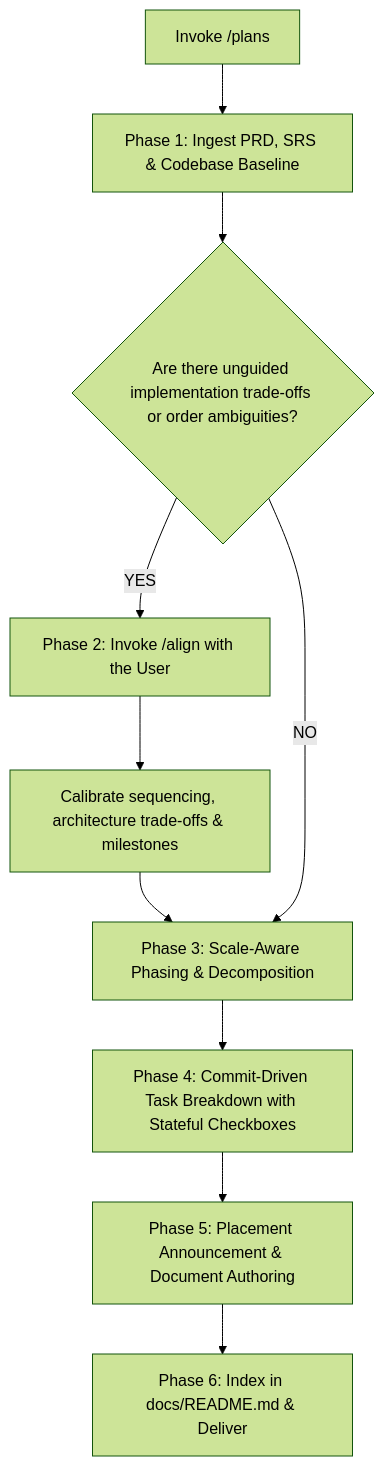
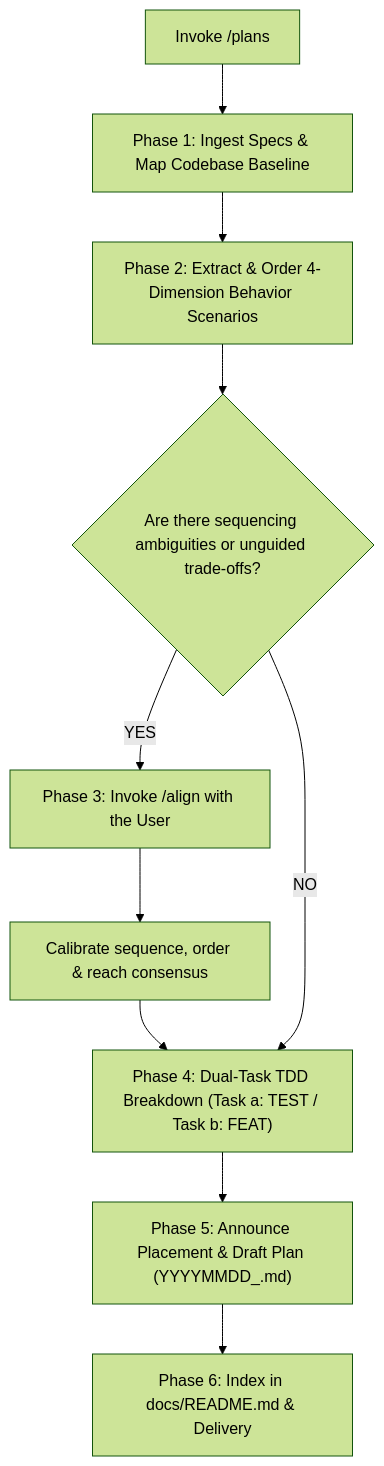
Before and after one commit to dimsedra/skills: the diagram in plans/SKILL.md, drawn with Mermaid (forest theme). The commit also changed other lines of this file and 9 other files, not shown here.

Commit message:
feat(skills): reframe plans and implement to strict TDD, enforce TDD rigor in audit, and establish codebase ownership guidelines

````diff
--- a/plans/SKILL.md
+++ b/plans/SKILL.md
@@ -18,12 +16,12 @@
 ```mermaid
 flowchart TD
-    A["Invoke /plans"] --> B["Phase 1: Ingest PRD, SRS & Codebase Baseline"]
-    B --> C{"Are there unguided implementation trade-offs or order ambiguities?"}
-    C -- YES --> D["Phase 2: Invoke /align with the User"]
-    D --> E["Calibrate sequencing, architecture trade-offs & milestones"]
-    E --> F["Phase 3: Scale-Aware Phasing & Decomposition"]
-    C -- NO --> F
-    F --> G["Phase 4: Commit-Driven Task Breakdown with Stateful Checkboxes"]
-    G --> H["Phase 5: Placement Announcement & Document Authoring"]
-    H --> I["Phase 6: Index in docs/README.md & Deliver"]
+    A["Invoke /plans"] --> B["Phase 1: Ingest Specs & Map Codebase Baseline"]
+    B --> C["Phase 2: Extract & Order 4-Dimension Behavior Scenarios"]
+    C --> D{"Are there sequencing ambiguities or unguided trade-offs?"}
+    D -- YES --> E["Phase 3: Invoke /align with the User"]
+    E --> F["Calibrate sequence, order & reach consensus"]
+    F --> G["Phase 4: Dual-Task TDD Breakdown (Task a: TEST / Task b: FEAT)"]
+    D -- NO --> G
+    G --> H["Phase 5: Announce Placement & Draft Plan (YYYYMMDD_<slug>.md)"]
+    H --> I["Phase 6: Index in docs/README.md & Delivery"]
 ```
````
